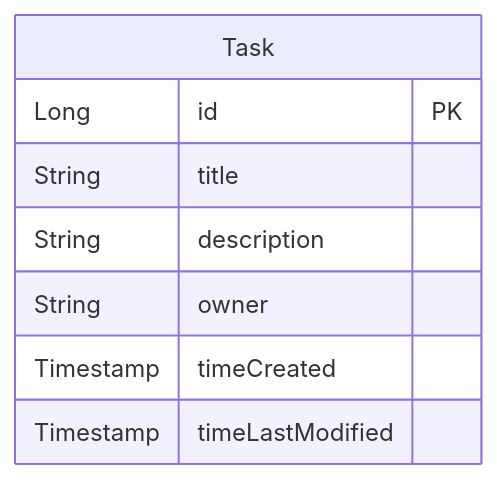
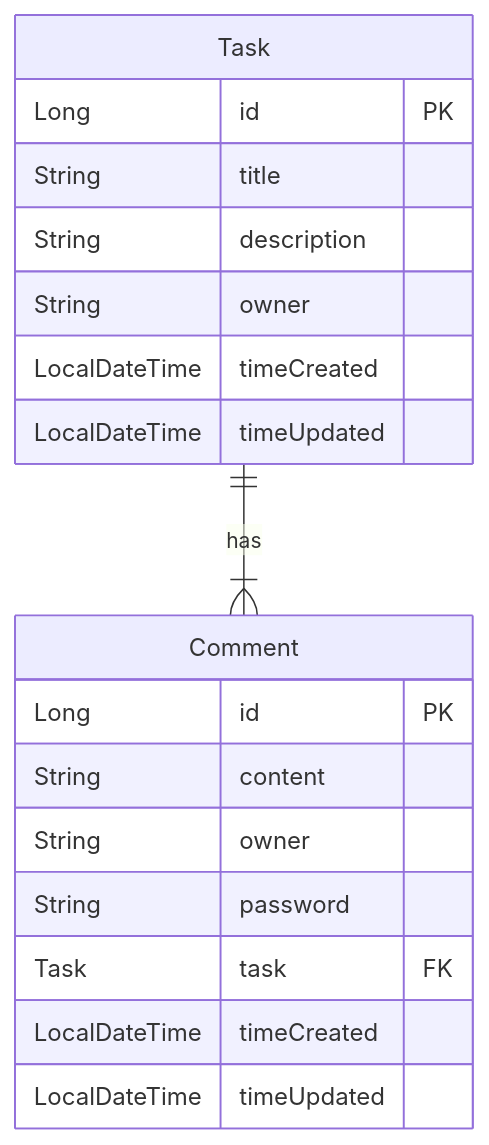
The diagram in README.md (Turbstructor/SCCNBCKS2-Todo), drawn with Mermaid before and after one commit. The commit also changed other lines of this file and 3 other files, not shown here.

````diff
--- a/README.md
+++ b/README.md
@@ -121,11 +125,23 @@
 ```mermaid
 erDiagram
     Task {
         Long id PK
         String title
         String description
         String owner
-        Timestamp timeCreated
-        Timestamp timeLastModified
+        LocalDateTime timeCreated
+        LocalDateTime timeUpdated
     }
+
+    Comment {
+        Long id PK
+        String content
+        String owner
+        String password
+        Task task FK
+        LocalDateTime timeCreated
+        LocalDateTime timeUpdated
+    }
+
+    Task ||--|{ Comment: has
 ```
````
